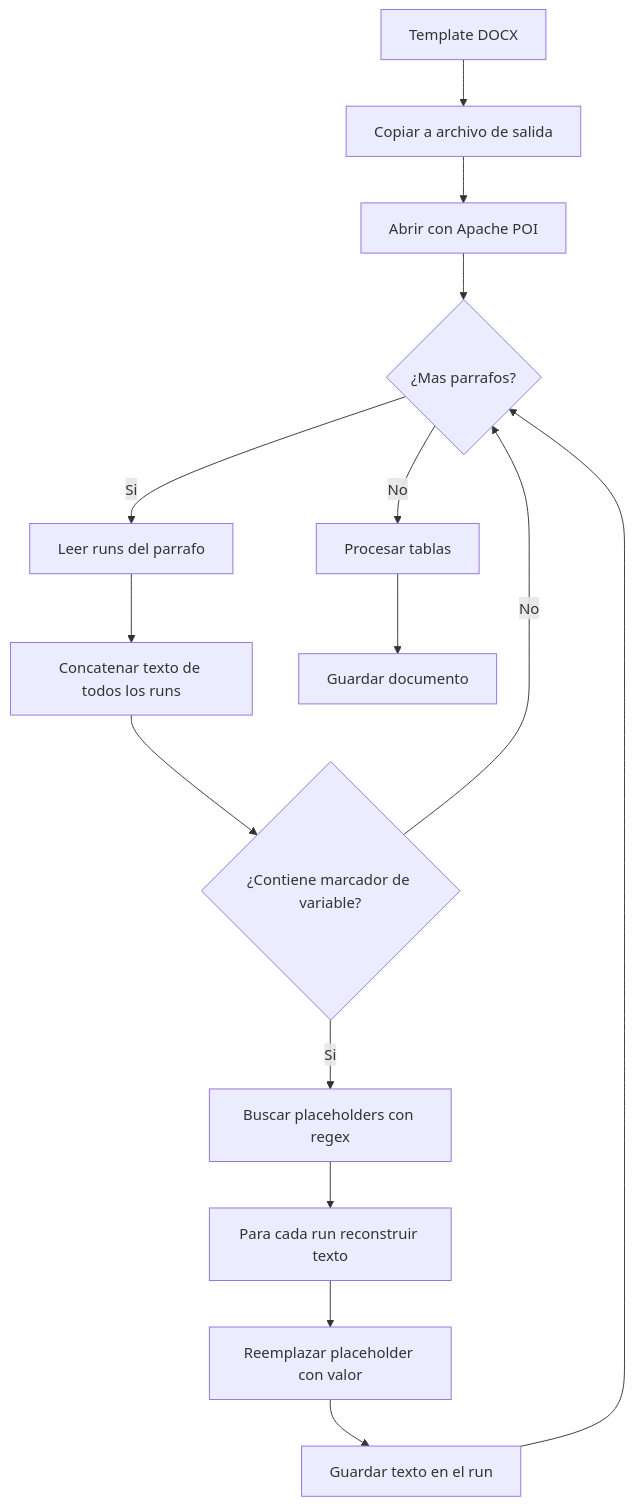
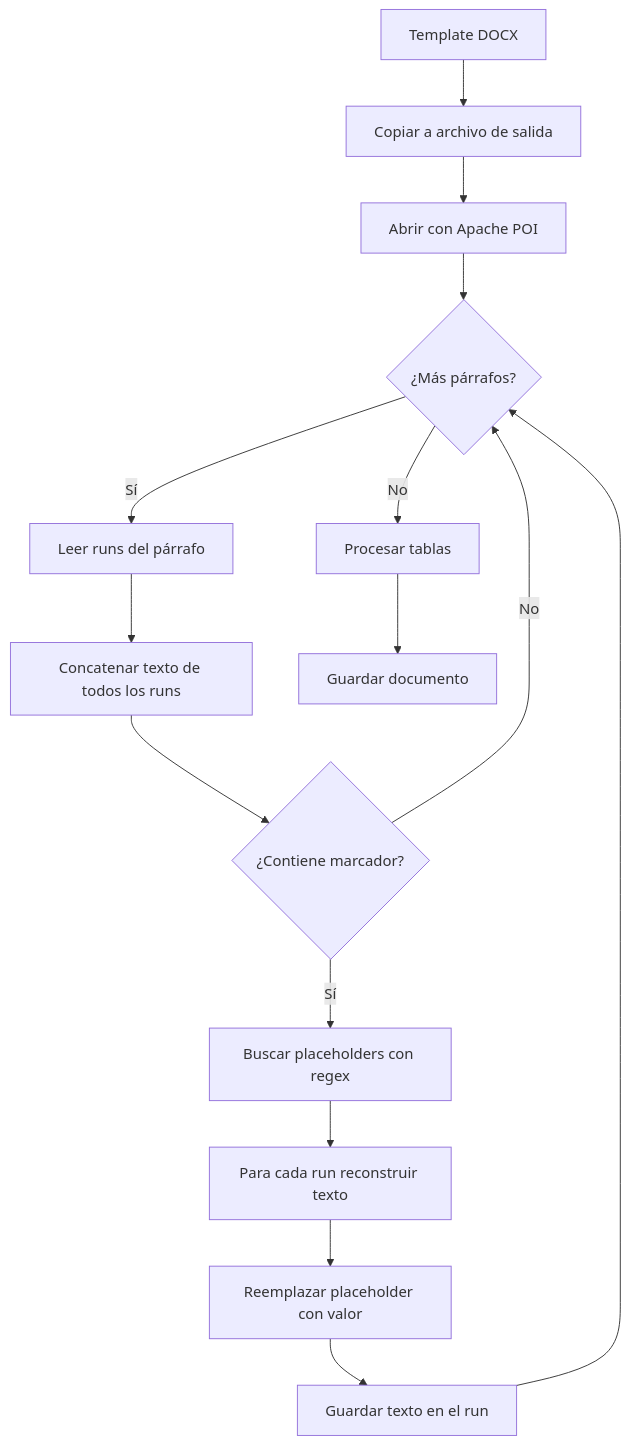
The eighth of 11 diagrams in FLUJO_FUNCIONAL.md (juanjosehc/actas-glpi), drawn with Mermaid before and after one commit. The commit also changed other lines of this file and 16 other files, not shown here.

````diff
--- a/FLUJO_FUNCIONAL.md
+++ b/FLUJO_FUNCIONAL.md
@@ -266,17 +290,17 @@
 ```mermaid
 flowchart TD
     A[Template DOCX] --> B[Copiar a archivo de salida]
     B --> C[Abrir con Apache POI]
-    C --> D{¿Mas parrafos?}
-    D -->|Si| E[Leer runs del parrafo]
+    C --> D{¿Más párrafos?}
+    D -->|Sí| E[Leer runs del párrafo]
     E --> F[Concatenar texto de todos los runs]
-    F --> G{¿Contiene marcador de variable?}
+    F --> G{¿Contiene marcador?}
     G -->|No| D
-    G -->|Si| H[Buscar placeholders con regex]
+    G -->|Sí| H[Buscar placeholders con regex]
     H --> I[Para cada run reconstruir texto]
     I --> J[Reemplazar placeholder con valor]
     J --> K[Guardar texto en el run]
     K --> D
     D -->|No| L[Procesar tablas]
     L --> M[Guardar documento]
 ```
````
